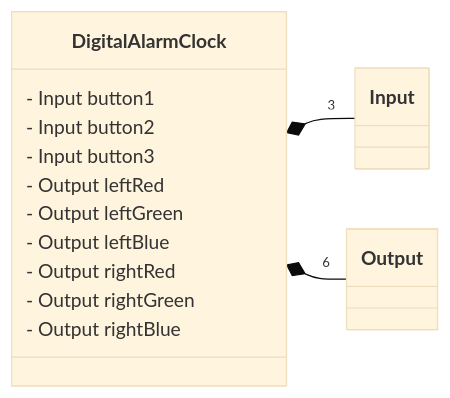
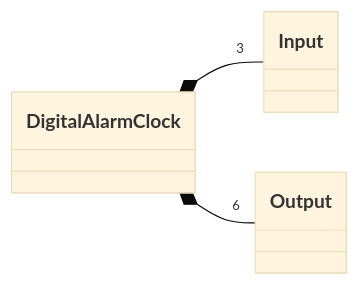
The first of 3 diagrams in README.md (vermilion9312/digital-alarm-clock), drawn with Mermaid (base theme) before and after one commit. The commit also changed other lines of this file, not shown here.

````diff
--- a/README.md
+++ b/README.md
@@ -12,27 +12,16 @@
 ```mermaid
 classDiagram
 direction LR
 
 class Input {
 }
 
 class Output {
 }
 
 class DigitalAlarmClock {
-    - Input button1
-    - Input button2
-    - Input button3
-
-    - Output leftRed
-    - Output leftGreen
-    - Output leftBlue
-
-    - Output rightRed
-    - Output rightGreen
-    - Output rightBlue
 }
 
 DigitalAlarmClock *-- "3" Input
 DigitalAlarmClock *-- "6" Output
 ```
````
